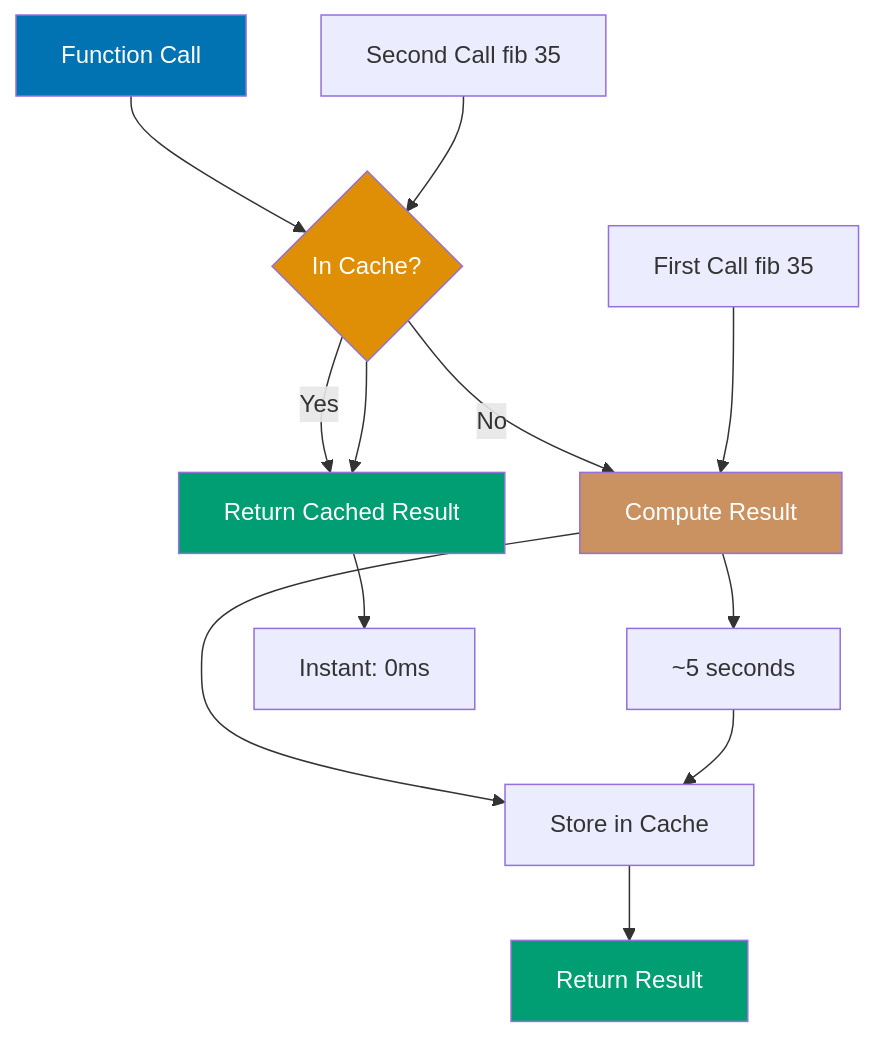
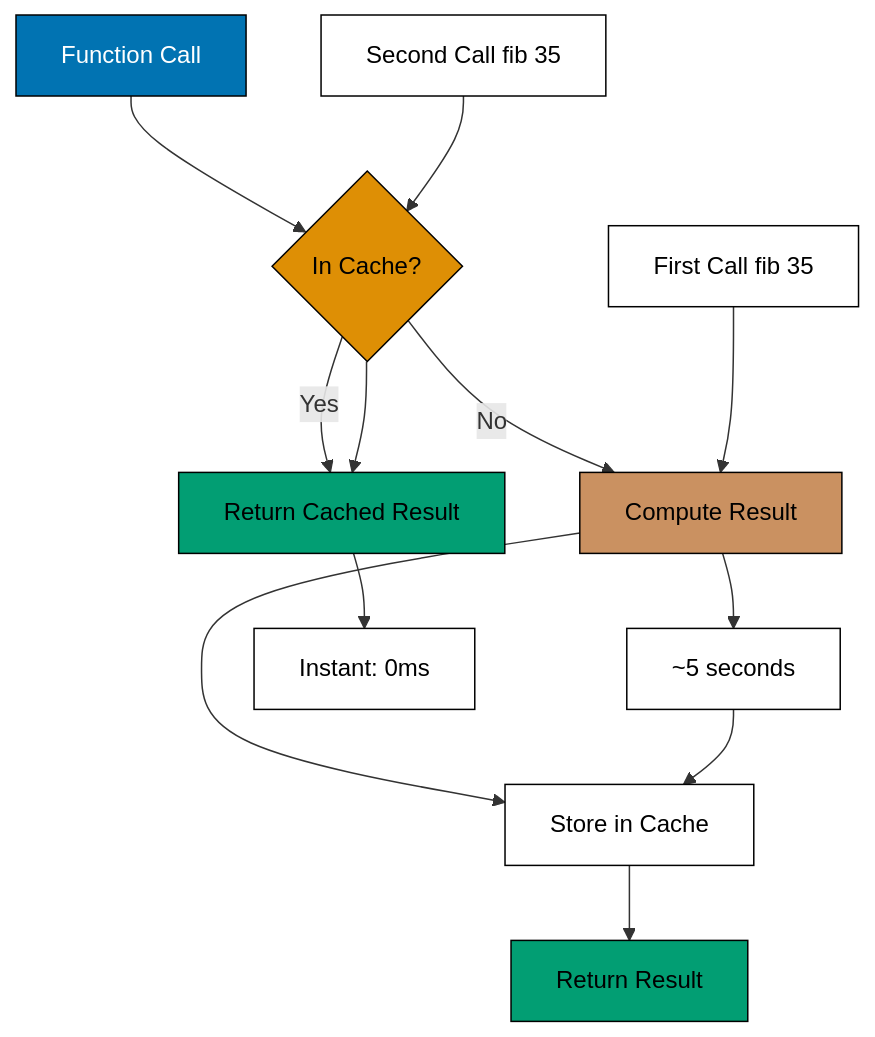
Before and after one commit to wahidyankf/ose-public: diagram 12 of 13 in apps/ayokoding-www/content/en/learn/legacy/software-engineering/programming-languages/clojure/by-example/advanced.md, drawn with Mermaid. The commit also changed other lines of this file and 112 other files, not shown here.

First line of the commit message:
fix(mermaid): bring the legacy programming-languages diagrams onto the accessible palette

````diff
--- a/apps/ayokoding-www/content/en/learn/legacy/software-engineering/programming-languages/clojure/by-example/advanced.md
+++ b/apps/ayokoding-www/content/en/learn/legacy/software-engineering/programming-languages/clojure/by-example/advanced.md
@@ -1169,22 +1232,29 @@
 ```mermaid
 %% Memoization cache flow
 graph TD
+    accTitle: Example 72: Memoization for Performance
+    accDescr: Graph with 10 nodes and 11 connections. Nodes: Function Call, In Cache?, Return Cached Result, Compute Result, Store in Cache, Return Result, First Call fib 35, ~5 seconds, Second Call fib 35, Instant: 0ms. Connections: Function Call to In Cache?, In Cache? to Return Cached Result (Yes), In Cache? to Compute Result (No), Compute Result to Store in Cache, Store in Cache to Return Result, First Call fib 35 to Compute Result, Compute Result to ~5 seconds, ~5 seconds to Store in Cache, Second Call fib 35 to In Cache?, In Cache? to Return Cached Result, Return Cached Result to Instant: 0ms.
     A[Function Call] --> B{In Cache?}
     B -->|Yes| C[Return Cached Result]
     B -->|No| D[Compute Result]
     D --> E[Store in Cache]
     E --> F[Return Result]
 
     G[First Call fib 35] --> D
     D --> H[~5 seconds]
     H --> E
     I[Second Call fib 35] --> B
     B --> C
     C --> J[Instant: 0ms]
 
-    style A fill:#0173B2,color:#fff
-    style B fill:#DE8F05,color:#fff
-    style C fill:#029E73,color:#fff
-    style D fill:#CA9161,color:#fff
-    style F fill:#029E73,color:#fff
+    classDef pal-0173B2 fill:#0173B2,stroke:#000000,color:#FFFFFF
+    class A pal-0173B2
+    classDef pal-DE8F05 fill:#DE8F05,stroke:#000000,color:#000000
+    class B pal-DE8F05
+    classDef pal-029E73 fill:#029E73,stroke:#000000,color:#000000
+    class C pal-029E73
+    classDef pal-CA9161 fill:#CA9161,stroke:#000000,color:#000000
+    class D pal-CA9161
+    class F pal-029E73
+    classDef default fill:#FFFFFF,stroke:#000000,color:#000000
 ```
````
